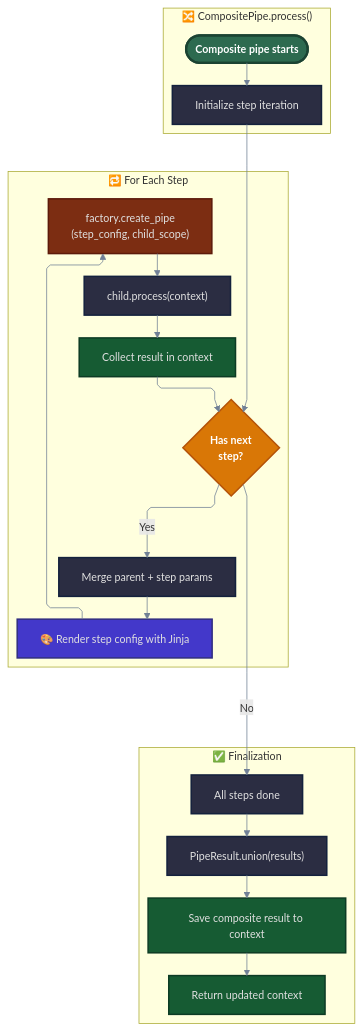
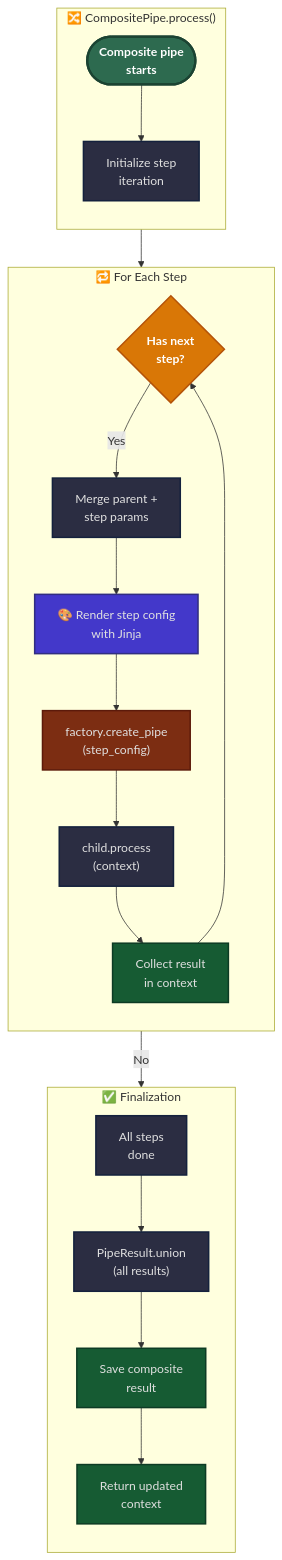
One commit to Softoft-Orga/open-ticket-ai changed the fourth of 4 diagrams in docs/docs_src/en/concepts/pipeline.md. Above: the diagram before and after it, drawn with Mermaid. The commit also changed other lines of this file and 31 other files, not shown here.

````diff
--- a/docs/docs_src/en/concepts/pipeline.md
+++ b/docs/docs_src/en/concepts/pipeline.md
@@ -341,55 +265,54 @@
 ```mermaid
 %%{init:{
   "flowchart":{"defaultRenderer":"elk","htmlLabels":true,"curve":"linear"},
   "themeVariables":{"fontSize":"14px","fontFamily":"system-ui","lineColor":"#718096"},
-  "elk":{"spacing":{"nodeNode":18}}
 }}%%
 
 flowchart TB
 
 %% ===================== COMPOSITE START =====================
 subgraph START["🔀 CompositePipe.process()"]
   direction TB
-  Entry([Composite pipe starts]):::start
-  InitLoop["Initialize step iteration"]:::proc
+  Entry([Composite pipe<br/>starts]):::start
+  InitLoop["Initialize step<br/>iteration"]:::proc
   
   Entry --> InitLoop
 end
 
 %% ===================== STEP PROCESSING =====================
 subgraph STEP_LOOP["🔁 For Each Step"]
   direction TB
   HasStep{"Has next<br/>step?"}:::dec
-  MergeCtx["Merge parent + step params"]:::proc
-  RenderStep["🎨 Render step config with Jinja"]:::render
-  BuildChild["factory.create_pipe<br/>(step_config, child_scope)"]:::factory
-  RunChild["child.process(context)"]:::proc
-  CollectResult["Collect result in context"]:::ctx
+  MergeCtx["Merge parent +<br/>step params"]:::proc
+  RenderStep["🎨 Render step config<br/>with Jinja"]:::render
+  BuildChild["factory.create_pipe<br/>(step_config)"]:::factory
+  RunChild["child.process<br/>(context)"]:::proc
+  CollectResult["Collect result<br/>in context"]:::ctx
   
   HasStep -- Yes --> MergeCtx --> RenderStep --> BuildChild
   BuildChild --> RunChild --> CollectResult --> HasStep
 end
 
 %% ===================== FINALIZATION =====================
 subgraph FINAL["✅ Finalization"]
   direction TB
-  AllDone["All steps done"]:::proc
-  UnionResults["PipeResult.union(results)"]:::proc
-  SaveComposite["Save composite result to context"]:::ctx
-  Return["Return updated context"]:::ctx
+  AllDone["All steps<br/>done"]:::proc
+  UnionResults["PipeResult.union<br/>(all results)"]:::proc
+  SaveComposite["Save composite<br/>result"]:::ctx
+  Return["Return updated<br/>context"]:::ctx
   
   AllDone --> UnionResults --> SaveComposite --> Return
 end
 
 %% ===================== CONNECTIONS =====================
 InitLoop --> HasStep
 HasStep -- No --> AllDone
 
 %% ===================== STYLES =====================
 classDef start fill:#2d6a4f,stroke:#1b4332,stroke-width:3px,color:#fff,font-weight:bold
 classDef dec fill:#d97706,stroke:#b45309,stroke-width:2px,color:#fff,font-weight:bold
 classDef proc fill:#2b2d42,stroke:#14213d,stroke-width:2px,color:#e0e0e0
 classDef render fill:#4338ca,stroke:#312e81,stroke-width:2px,color:#e0e0e0
 classDef factory fill:#7c2d12,stroke:#5c1a0a,stroke-width:2px,color:#e0e0e0
 classDef ctx fill:#165b33,stroke:#0d3b24,stroke-width:2px,color:#e0e0e0
 ```
````
